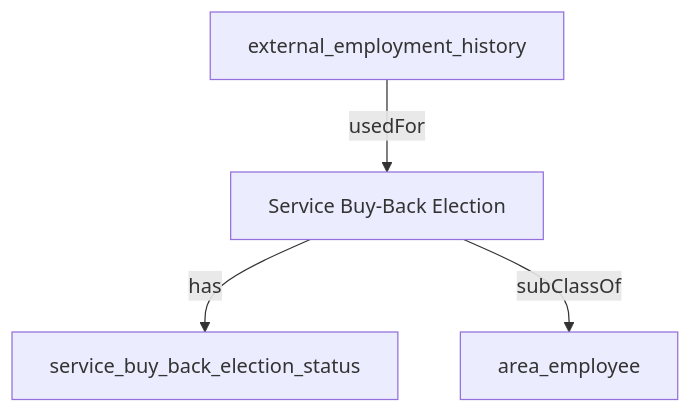
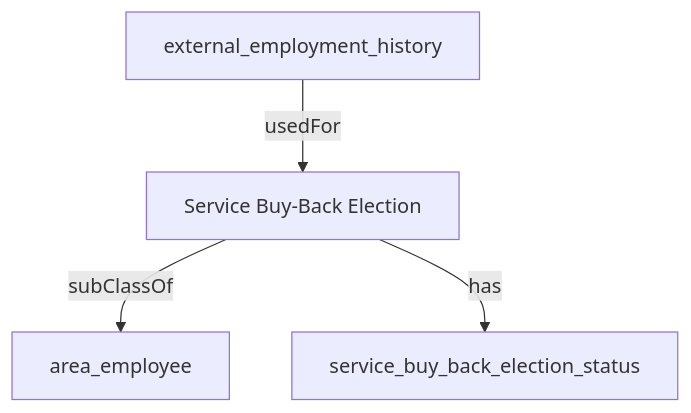
The diagram in content/hr_data_model/service_buy_back_election.md (heidingaway/heidi2), drawn with Mermaid before and after one commit. The commit also changed other lines of this file and 350 other files, not shown here.

````diff
--- a/content/hr_data_model/service_buy_back_election.md
+++ b/content/hr_data_model/service_buy_back_election.md
@@ -21,10 +22,10 @@
 ```mermaid
 graph TD
   Service_Buy_Back_Election["Service Buy-Back Election"]:::current-page-node
   area_employee["area_employee"]
   service_buy_back_election_status["service_buy_back_election_status"]
   external_employment_history["external_employment_history"]
+  Service_Buy_Back_Election-->|" subClassOf "|area_employee
   Service_Buy_Back_Election-->|" has "|service_buy_back_election_status
   external_employment_history-->|" usedFor "|Service_Buy_Back_Election
-  Service_Buy_Back_Election-->|" subClassOf "|area_employee
 ```
````
